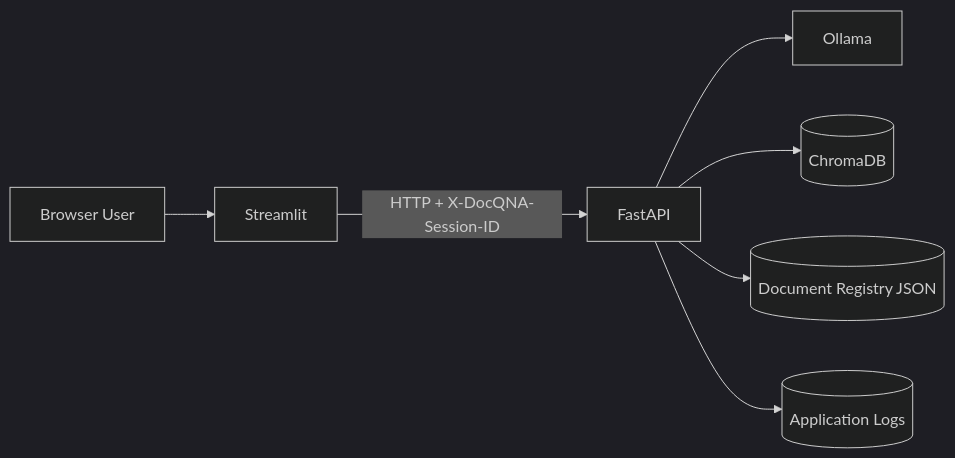
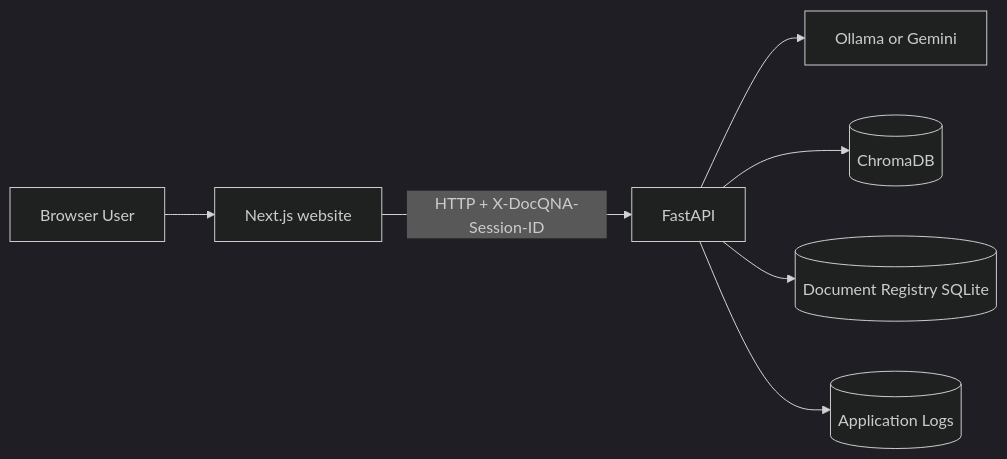
The first of 6 diagrams in docs/architecture.md (Md-Faiz-Alam/docqna), drawn with Mermaid (dark theme) before and after one commit. The commit also changed other lines of this file and 22 other files, not shown here.

Commit message:
Remove Streamlit UI and legacy registry migration; restructure README; add MIT license

````diff
--- a/docs/architecture.md
+++ b/docs/architecture.md
@@ -15,9 +15,9 @@
 ```mermaid
 flowchart LR
-    U[Browser User] --> ST[Streamlit]
+    U[Browser User] --> ST[Next.js website]
     ST -->|HTTP + X-DocQNA-Session-ID| API[FastAPI]
-    API --> OLL[Ollama]
+    API --> OLL[Ollama or Gemini]
     API --> CH[(ChromaDB)]
-    API --> REG[(Document Registry JSON)]
+    API --> REG[(Document Registry SQLite)]
     API --> LOG[(Application Logs)]
 ```
````
